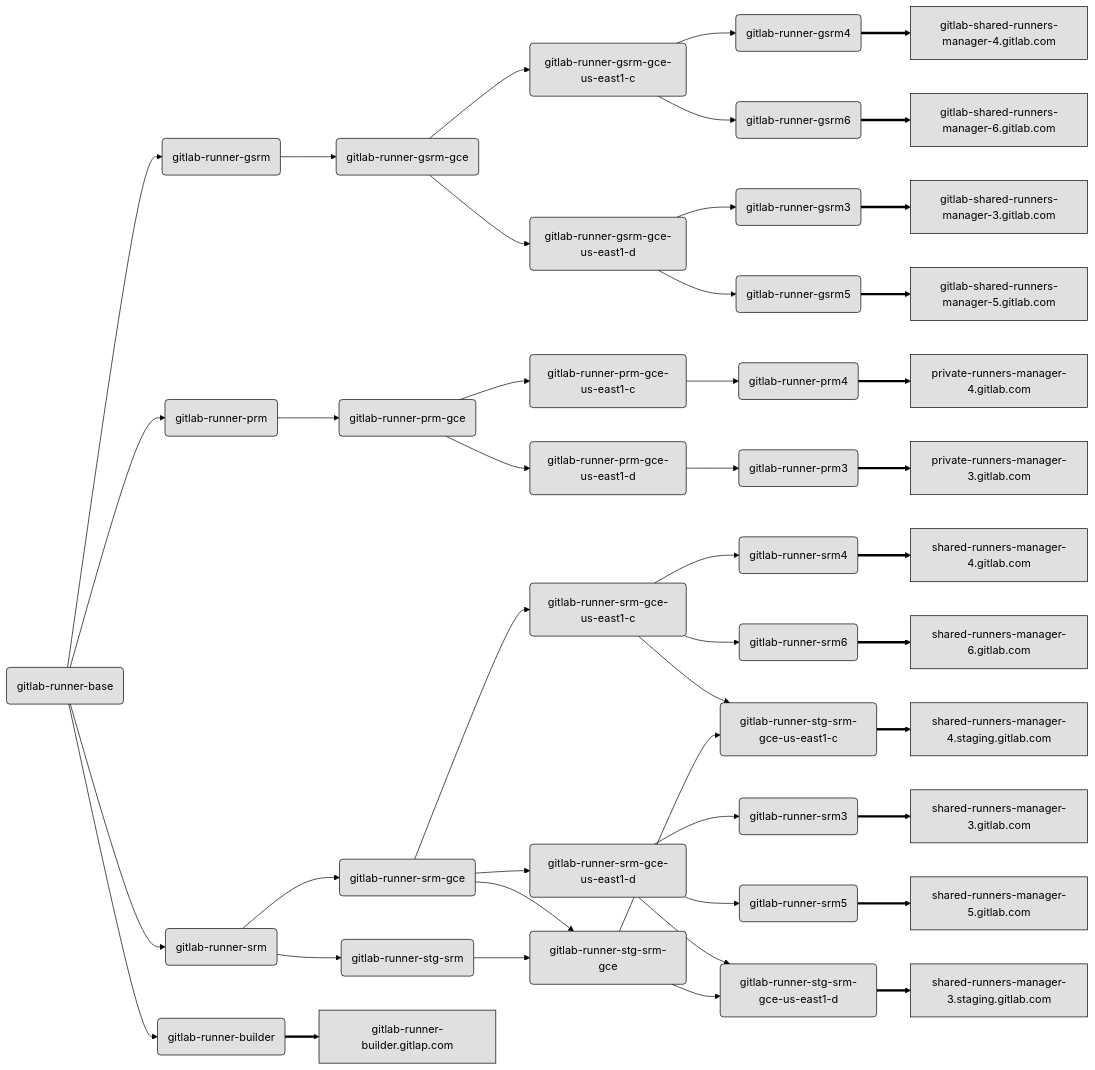
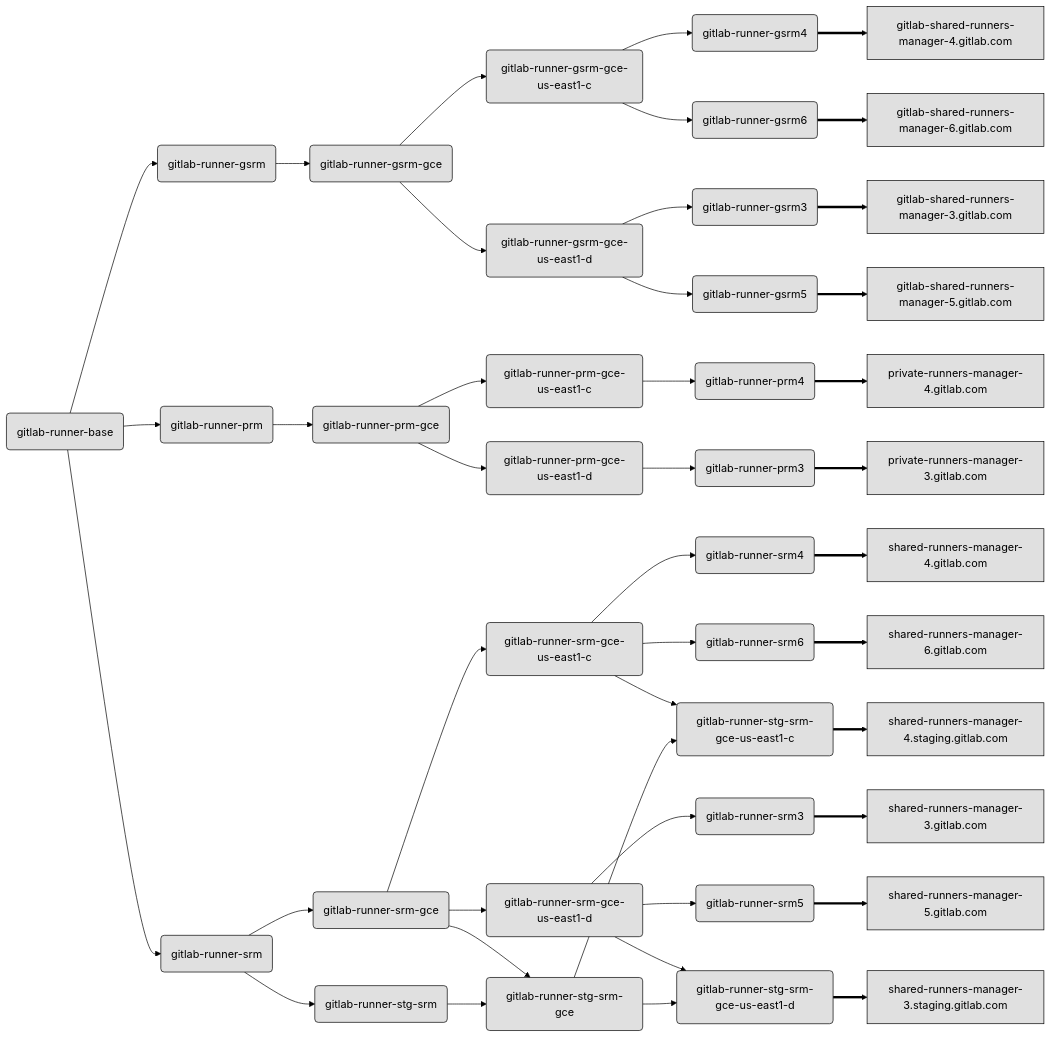
The diagram in docs/runner/update-gitlab-runner-on-managers.md (mattrussi/gitlab-com-runbooks), drawn with Mermaid (forest theme) before and after one commit. The commit also changed other lines of this file, not shown here.

Commit message:
Remove `gitlab-runner-builder.gitlap.com`
reference https://gitlab.com/gitlab-com/gl-infra/infrastructure/-/issues/9599
reference https://gitlab.com/gitlab-org/gitlab-runner/-/issues/21299

```diff
--- a/docs/runner/update-gitlab-runner-on-managers.md
+++ b/docs/runner/update-gitlab-runner-on-managers.md
@@ -8,7 +8,6 @@
 graph LR
     classDef default fill:#e0e0e0,stroke:#000
     r::base(gitlab-runner-base)
-    r::builder(gitlab-runner-builder)
 
     r::gsrm(gitlab-runner-gsrm)
     r::gsrm-gce(gitlab-runner-gsrm-gce)
@@ -40,7 +39,6 @@
     r::stg-srm-gce-us-east1-c(gitlab-runner-stg-srm-gce-us-east1-c)
     r::stg-srm-gce-us-east1-d(gitlab-runner-stg-srm-gce-us-east1-d)
 
-    n::grb[gitlab-runner-builder.gitlap.com]
 
     n::gsrm3[gitlab-shared-runners-manager-3.gitlab.com]
     n::gsrm4[gitlab-shared-runners-manager-4.gitlab.com]
@@ -57,9 +55,6 @@
 
     n::srm3::stg[shared-runners-manager-3.staging.gitlab.com]
     n::srm4::stg[shared-runners-manager-4.staging.gitlab.com]
-
-    r::base --> r::builder
-    r::builder ==> n::grb
 
     r::base --> r::gsrm
     r::gsrm --> r::gsrm-gce
```
